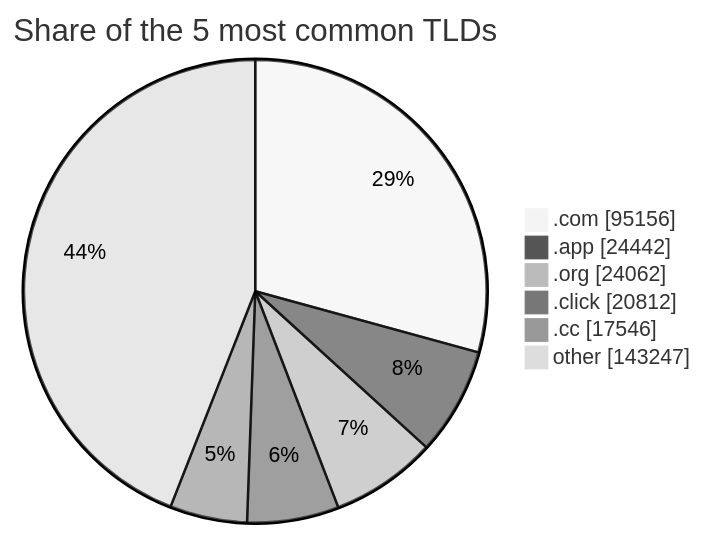
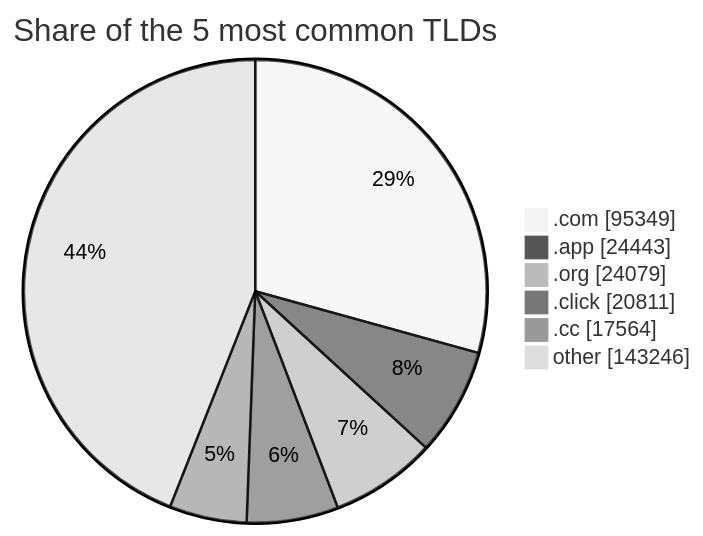
One commit to DNSBunker/CTI changed the third of 3 diagrams in README.md. Above: the diagram before and after it, drawn with Mermaid (neutral theme). The commit also changed other lines of this file and 4 other files, not shown here.

````diff
--- a/README.md
+++ b/README.md
@@ -81,9 +81,9 @@
 ```mermaid
 pie showData title Share of the 5 most common TLDs
-    ".com" : 95156
-    ".app" : 24442
-    ".org" : 24062
-    ".click" : 20812
-    ".cc" : 17546
-    "other" : 143247
+    ".com" : 95349
+    ".app" : 24443
+    ".org" : 24079
+    ".click" : 20811
+    ".cc" : 17564
+    "other" : 143246
 ```
````
